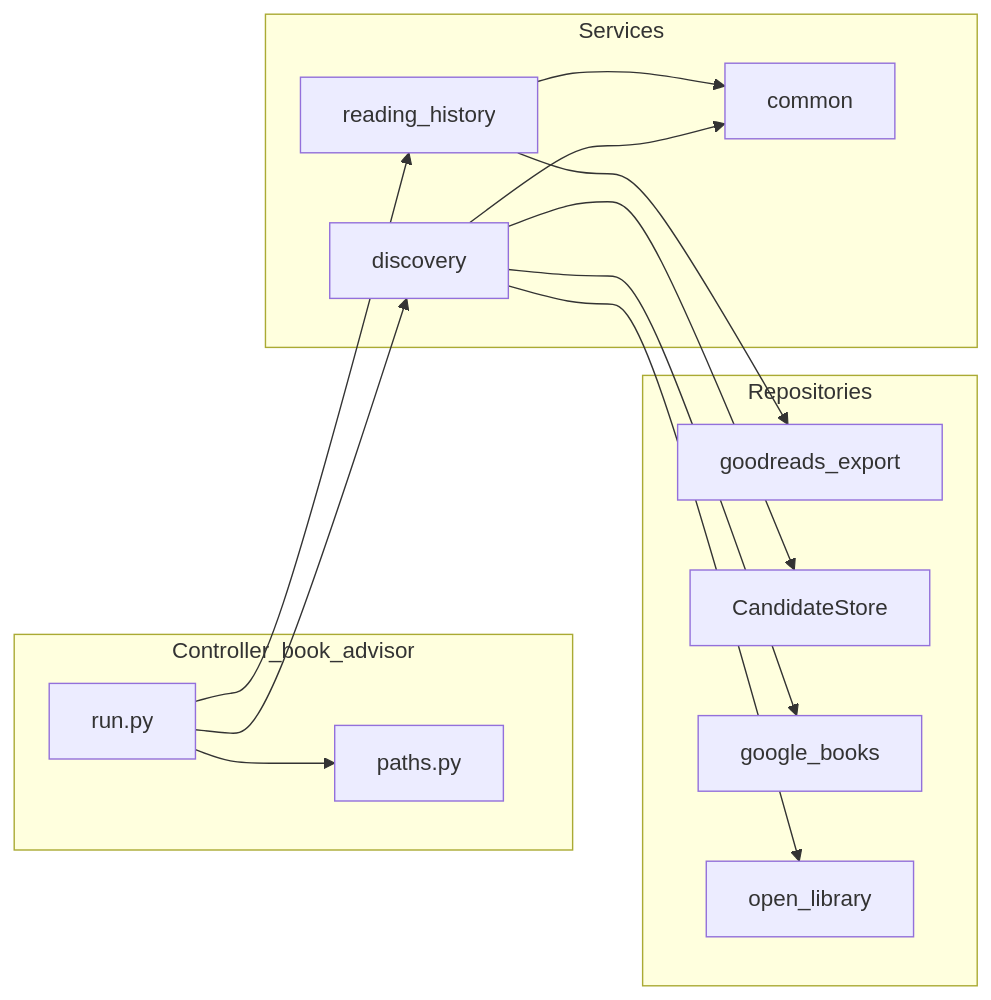
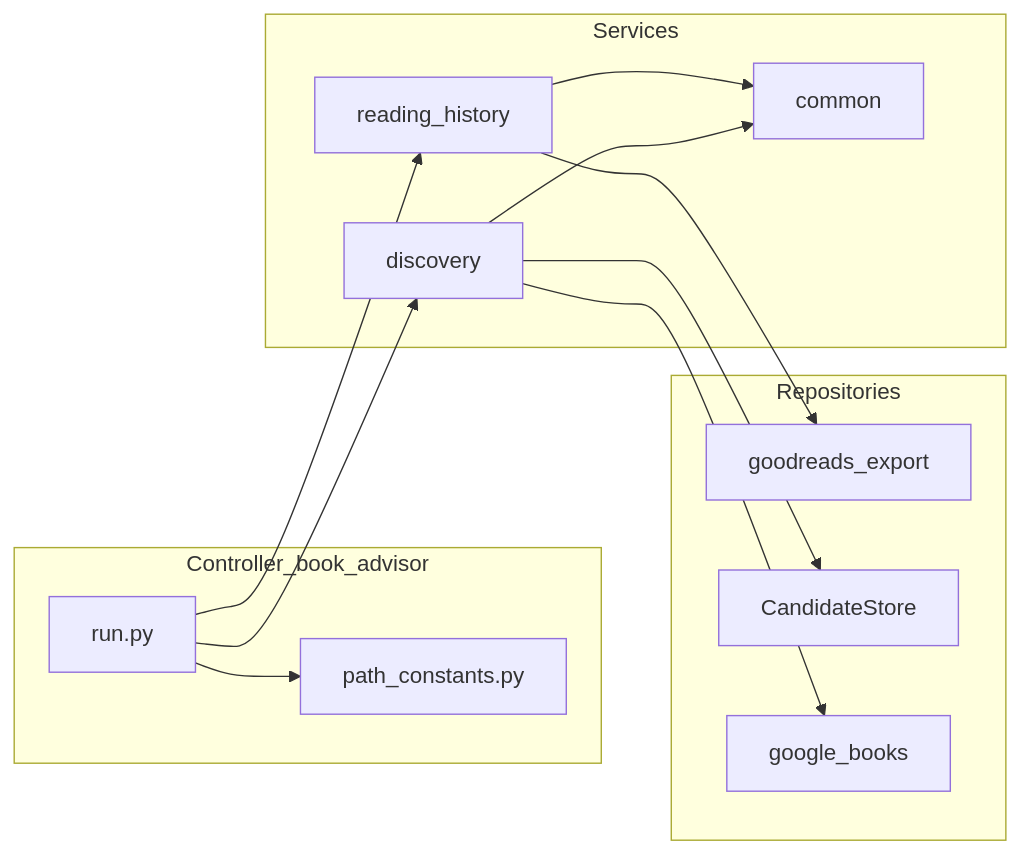
One commit to nadnerb4ever/book_advisor changed the first of 2 diagrams in src/book_advisor/ARCHITECTURE.md. Above: the diagram before and after it, drawn with Mermaid. The commit also changed other lines of this file and 18 other files, not shown here.

First line of the commit message:
Discovery: Google Books only, path_constants, key resolution in repo layer

````diff
--- a/src/book_advisor/ARCHITECTURE.md
+++ b/src/book_advisor/ARCHITECTURE.md
@@ -36,27 +36,25 @@
 ```mermaid
 flowchart LR
   subgraph controller [Controller_book_advisor]
     runPy[run.py]
-    pathsPy[paths.py]
+    pathConstantsPy[path_constants.py]
   end
   subgraph services [Services]
     rhShelf[reading_history]
     discPkg[discovery]
     commonMod[common]
   end
   subgraph repos [Repositories]
     csvRepo[goodreads_export]
     storeRepo[CandidateStore]
     gbRepo[google_books]
-    olRepo[open_library]
   end
-  runPy --> pathsPy
+  runPy --> pathConstantsPy
   runPy --> rhShelf
   runPy --> discPkg
   rhShelf --> csvRepo
   rhShelf --> commonMod
   discPkg --> commonMod
   discPkg --> storeRepo
   discPkg --> gbRepo
-  discPkg --> olRepo
 ```
````
